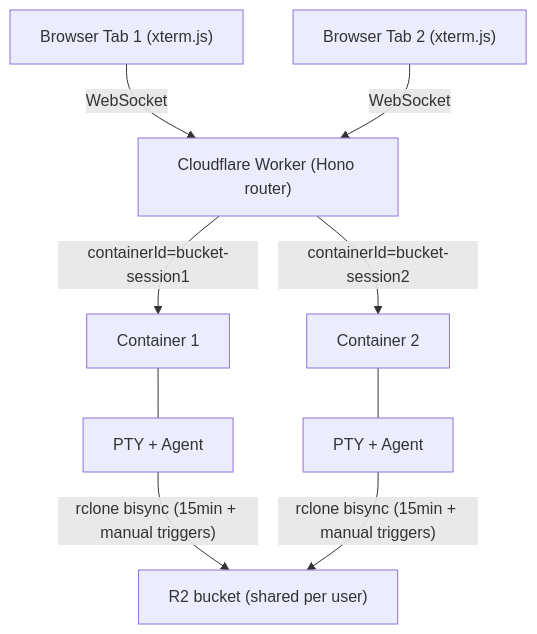
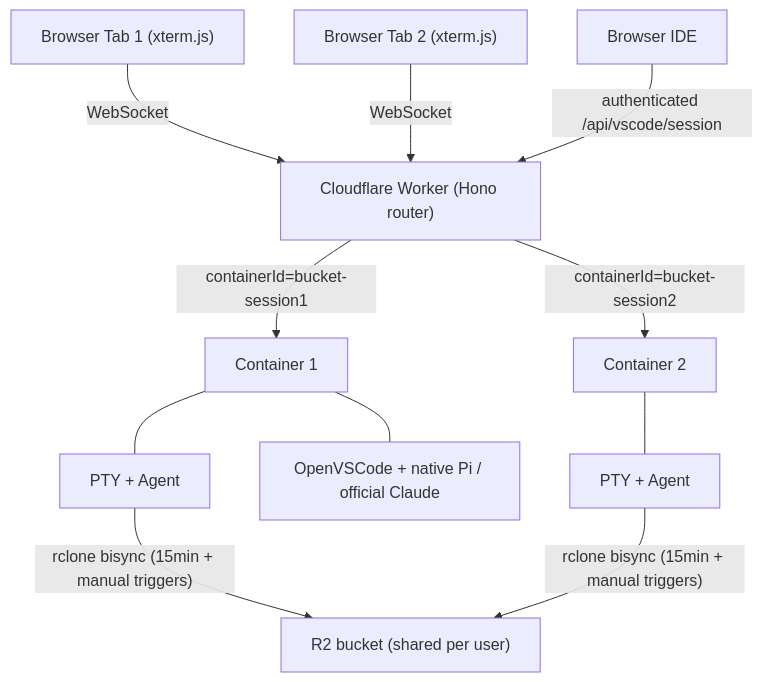
One commit to nikolanovoselec/codeflare changed the first of 11 diagrams in documentation/lanes/architecture.md. Above: the diagram before and after it, drawn with Mermaid. The commit also changed other lines of this file and 434 other files, not shown here.

First line of the commit message:
Release batch: native Browser IDE agents, enterprise session-mode + active-agent governance, Pi review automation, dependency batch, full deep-review + refactor sweep (#690)

````diff
--- a/documentation/lanes/architecture.md
+++ b/documentation/lanes/architecture.md
@@ -24,11 +24,13 @@
 ```mermaid
 graph TD
     B1["Browser Tab 1 (xterm.js)"] -->|WebSocket| W["Cloudflare Worker (Hono router)"]
     B2["Browser Tab 2 (xterm.js)"] -->|WebSocket| W
+    BI["Browser IDE"] -->|"authenticated /api/vscode/session"| W
     W -->|"containerId=bucket-session1"| C1["Container 1"]
     W -->|"containerId=bucket-session2"| C2["Container 2"]
     C1 --- P1["PTY + Agent"]
+    C1 --- O1["OpenVSCode + native Pi / official Claude"]
     C2 --- P2["PTY + Agent"]
     P1 -->|"rclone bisync (15min + manual triggers)"| R2["R2 bucket (shared per user)"]
     P2 -->|"rclone bisync (15min + manual triggers)"| R2
 ```
````
